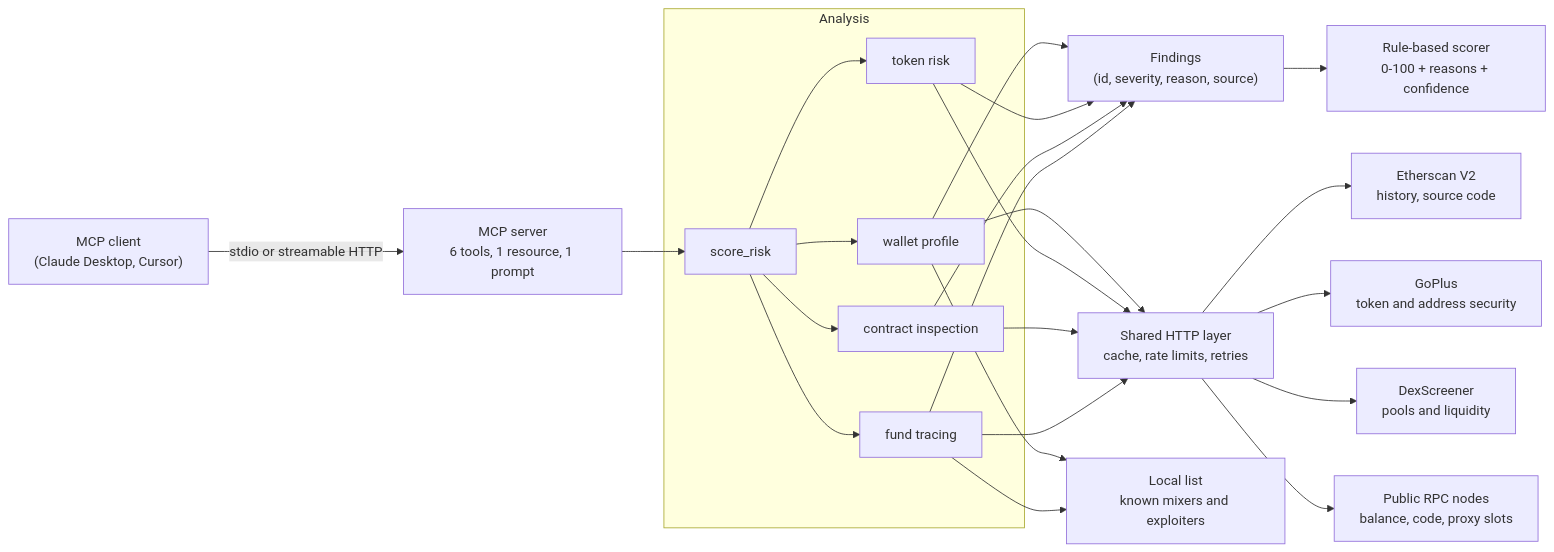
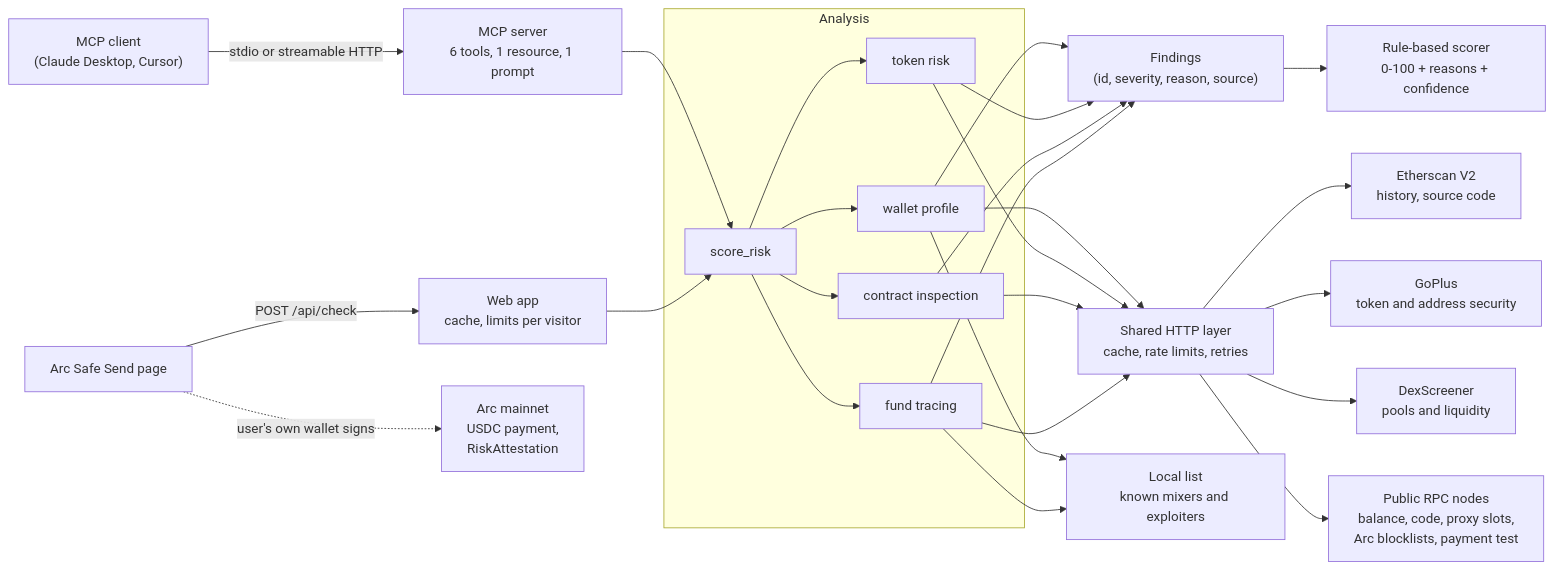
The diagram in README.md (MelvTheGoat/web3-risk-mcp), drawn with Mermaid before and after one commit. The commit also changed other lines of this file and 3 other files, not shown here.

````diff
--- a/README.md
+++ b/README.md
@@ -85,24 +97,27 @@
 ```mermaid
 flowchart LR
     client["MCP client<br/>(Claude Desktop, Cursor)"] -->|"stdio or streamable HTTP"| server["MCP server<br/>6 tools, 1 resource, 1 prompt"]
 
     subgraph analysis["Analysis"]
         score["score_risk"]
         wallet["wallet profile"]
         token["token risk"]
         contract["contract inspection"]
         trace["fund tracing"]
     end
 
     server --> score
+    browser["Arc Safe Send page"] -->|"POST /api/check"| webapp["Web app<br/>cache, limits per visitor"]
+    webapp --> score
+    browser -.->|"user's own wallet signs"| arc["Arc mainnet<br/>USDC payment,<br/>RiskAttestation"]
     score --> wallet & token & contract & trace
     wallet & token & contract & trace --> findings["Findings<br/>(id, severity, reason, source)"]
     findings --> scorer["Rule-based scorer<br/>0-100 + reasons + confidence"]
 
     wallet & token & contract & trace --> http["Shared HTTP layer<br/>cache, rate limits, retries"]
     http --> etherscan["Etherscan V2<br/>history, source code"]
     http --> goplus["GoPlus<br/>token and address security"]
     http --> dex["DexScreener<br/>pools and liquidity"]
-    http --> rpc["Public RPC nodes<br/>balance, code, proxy slots"]
+    http --> rpc["Public RPC nodes<br/>balance, code, proxy slots,<br/>Arc blocklists, payment test"]
     wallet & trace --> list["Local list<br/>known mixers and exploiters"]
 ```
````
